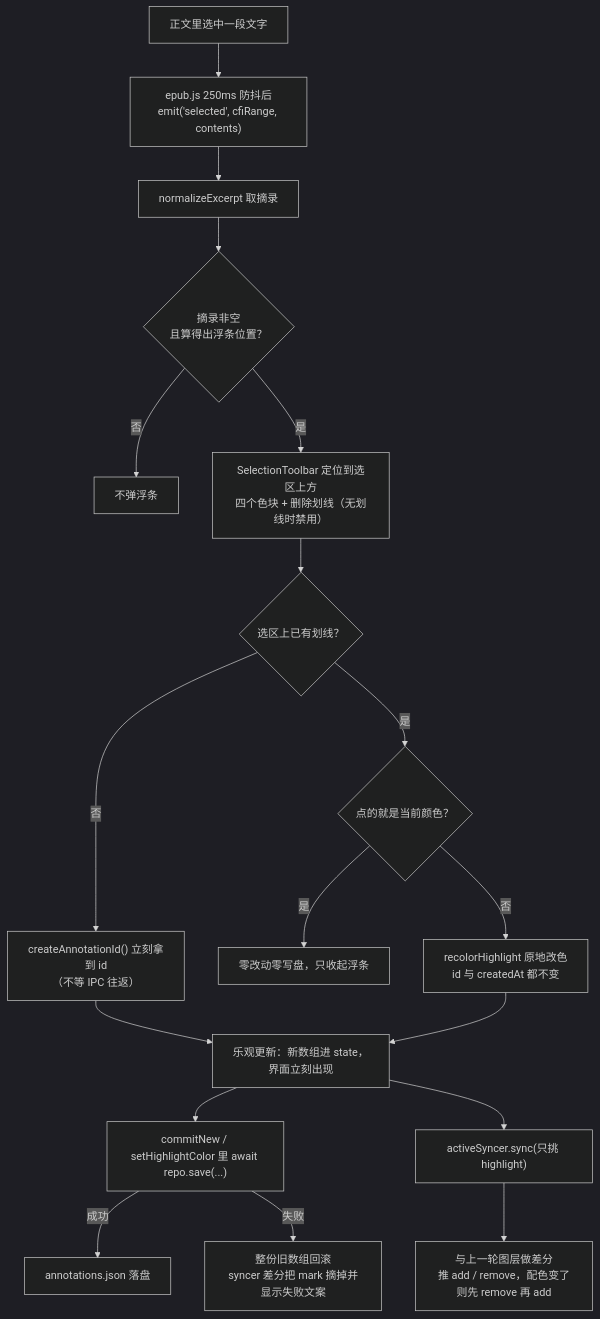
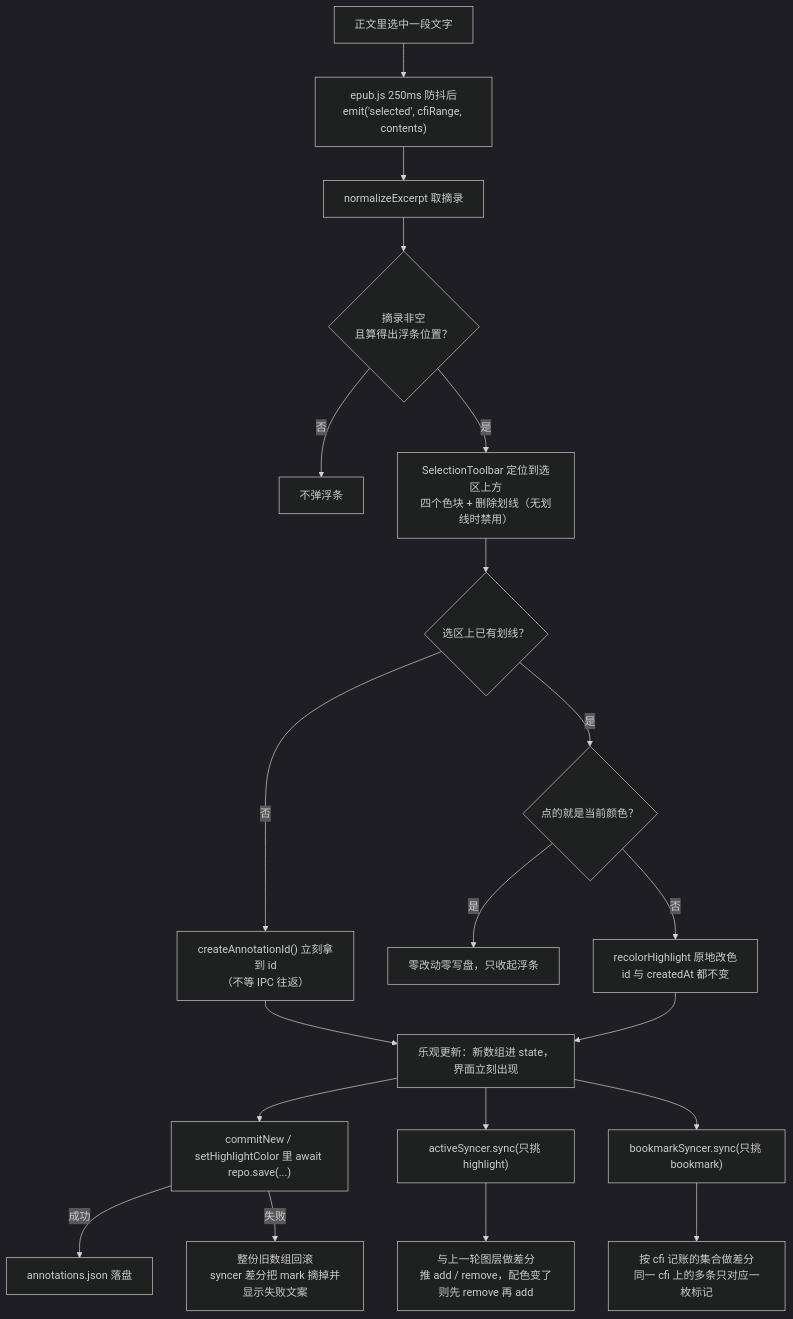
Before and after one commit to Lor123r/-ai: the sixth of 6 diagrams in README.md, drawn with Mermaid (dark theme). The commit also changed other lines of this file and 6 other files, not shown here.

````diff
--- a/README.md
+++ b/README.md
@@ -423,20 +423,22 @@
 ```mermaid
 flowchart TB
     A["正文里选中一段文字"] --> B["epub.js 250ms 防抖后<br/>emit('selected', cfiRange, contents)"]
     B --> C["normalizeExcerpt 取摘录"]
     C --> D{"摘录非空<br/>且算得出浮条位置？"}
     D -->|否| E["不弹浮条"]
     D -->|是| F["SelectionToolbar 定位到选区上方<br/>四个色块 + 删除划线（无划线时禁用）"]
     F --> G{"选区上已有划线？"}
     G -->|否| H["createAnnotationId() 立刻拿到 id<br/>（不等 IPC 往返）"]
     G -->|是| G2{"点的就是当前颜色？"}
     G2 -->|是| G3["零改动零写盘，只收起浮条"]
     G2 -->|否| G4["recolorHighlight 原地改色<br/>id 与 createdAt 都不变"]
     H --> I["乐观更新：新数组进 state，界面立刻出现"]
     G4 --> I
     I --> J["commitNew / setHighlightColor 里 await repo.save(...)"]
     J -->|成功| K["annotations.json 落盘"]
     J -->|失败| L["整份旧数组回滚<br/>syncer 差分把 mark 摘掉并显示失败文案"]
     I --> M["activeSyncer.sync(只挑 highlight)"]
     M --> N["与上一轮图层做差分<br/>推 add / remove，配色变了则先 remove 再 add"]
+    I --> O["bookmarkSyncer.sync(只挑 bookmark)"]
+    O --> P["按 cfi 记账的集合做差分<br/>同一 cfi 上的多条只对应一枚标记"]
 ```
````
